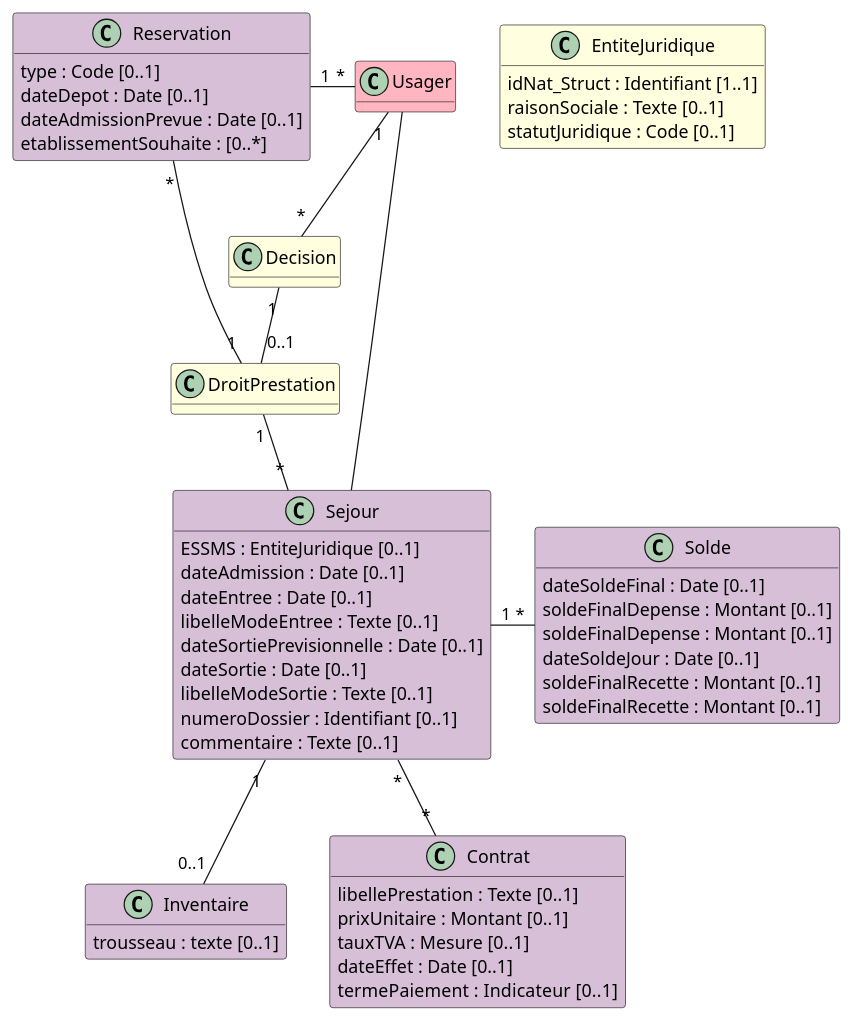
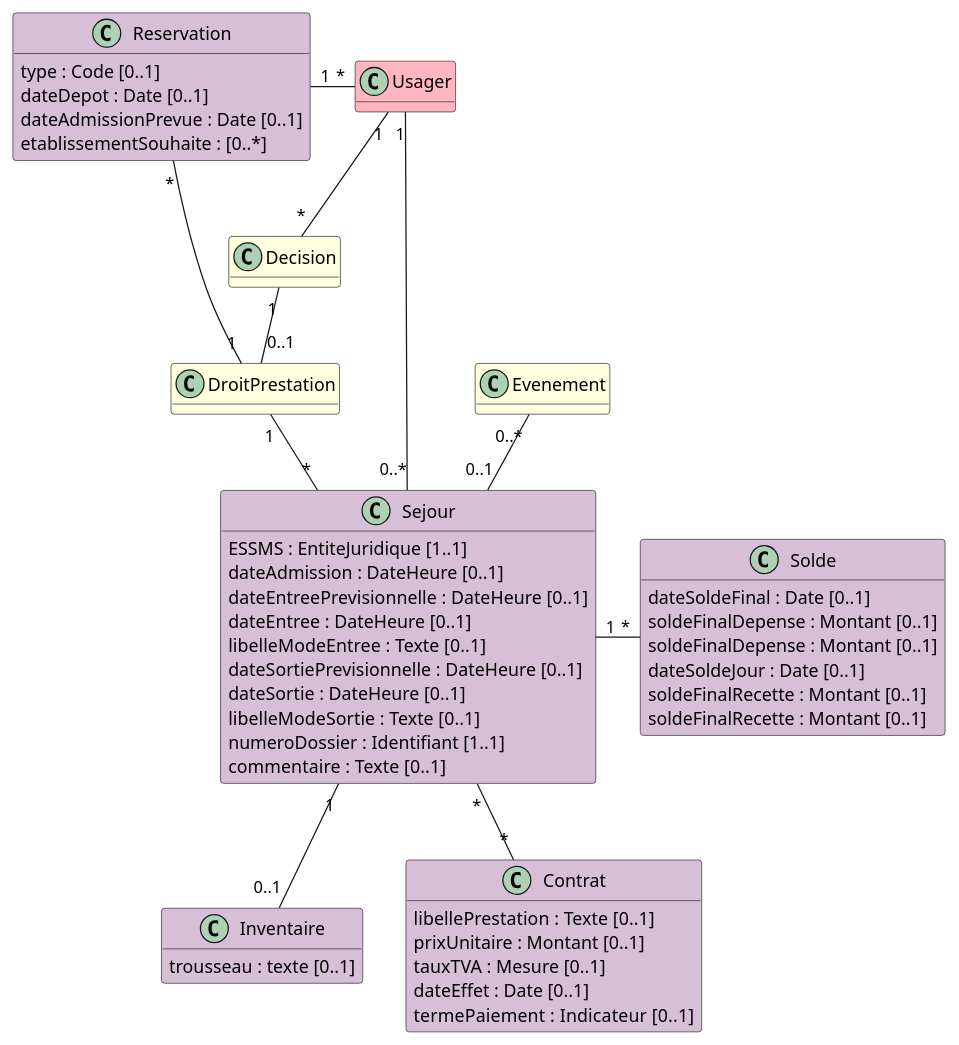
Before and after one commit to ansforge/IG-fhir-transfert-donnees-dui-esms: the diagram in input/images-source/bloc_sejours.plantuml, drawn with PlantUML. The commit also changed 5 other files, not shown here.

```diff
--- a/input/images-source/bloc_sejours.plantuml
+++ b/input/images-source/bloc_sejours.plantuml
@@ -1,67 +1,65 @@
 @startuml
 
 hide empty methods
 
 class Usager #LightPink
 
 class Decision #LightYellow
 
 class DroitPrestation #LightYellow
 
+class Evenement #LightYellow
+
 class Reservation #Thistle {
     type : Code [0..1]
     dateDepot : Date [0..1]
     dateAdmissionPrevue : Date [0..1]
     etablissementSouhaite : [0..*]
 }
 
 class Sejour #Thistle {
-    ESSMS : EntiteJuridique [0..1]
-    dateAdmission : Date [0..1]
-    dateEntree : Date [0..1]
+    ESSMS : EntiteJuridique [1..1]
+    dateAdmission : DateHeure [0..1]
+    dateEntreePrevisionnelle : DateHeure [0..1]
+    dateEntree : DateHeure [0..1]
     libelleModeEntree : Texte [0..1]
-    dateSortiePrevisionnelle : Date [0..1]
-    dateSortie : Date [0..1]
+    dateSortiePrevisionnelle : DateHeure [0..1]
+    dateSortie : DateHeure [0..1]
     libelleModeSortie : Texte [0..1]
-    numeroDossier : Identifiant [0..1]
+    numeroDossier : Identifiant [1..1]
     commentaire : Texte [0..1] 
-}
-
-class EntiteJuridique #LightYellow {
-    idNat_Struct : Identifiant [1..1]
-    raisonSociale : Texte [0..1]
-    statutJuridique : Code [0..1]
 }
 
 class Inventaire #Thistle { 
     trousseau : texte [0..1]
 }
 
 class Solde #Thistle {
     dateSoldeFinal : Date [0..1]
     soldeFinalDepense : Montant [0..1]
     soldeFinalDepense : Montant [0..1]
     dateSoldeJour : Date [0..1]
     soldeFinalRecette : Montant [0..1]
     soldeFinalRecette : Montant [0..1]
 }
 
 class Contrat #Thistle {
     libellePrestation : Texte [0..1]
     prixUnitaire : Montant [0..1]
     tauxTVA : Mesure [0..1]
     dateEffet : Date [0..1]
     termePaiement : Indicateur  [0..1]
 }
 
 Usager "1" -- "*" Decision
 Decision "1" -- "0..1" DroitPrestation
 Reservation "*" - "1" DroitPrestation
 Reservation "1" - "*" Usager
 DroitPrestation "1" -- "*" Sejour
 Sejour "1" -- "0..1" Inventaire
 Sejour "1" - "*" Solde
 Sejour "*" -- "*" Contrat
-Usager - Sejour
+Usager "1" - "0..*" Sejour
+Evenement "0..*" -- "0..1" Sejour
 
 @enduml
```
